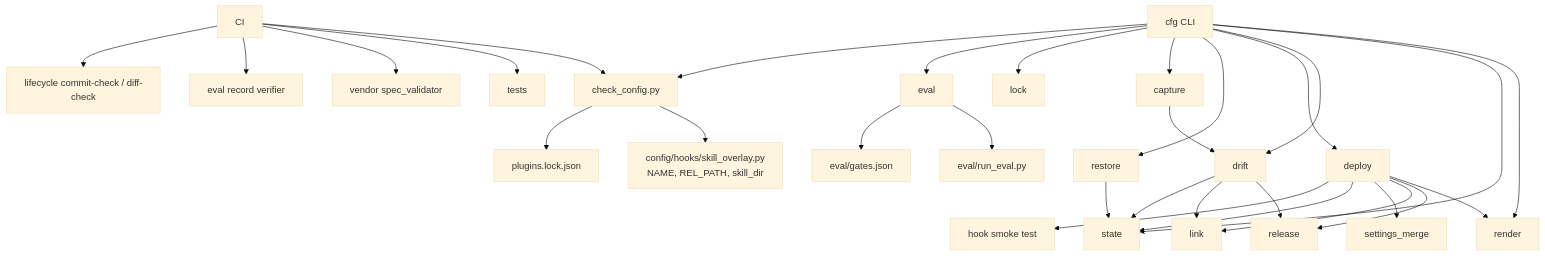
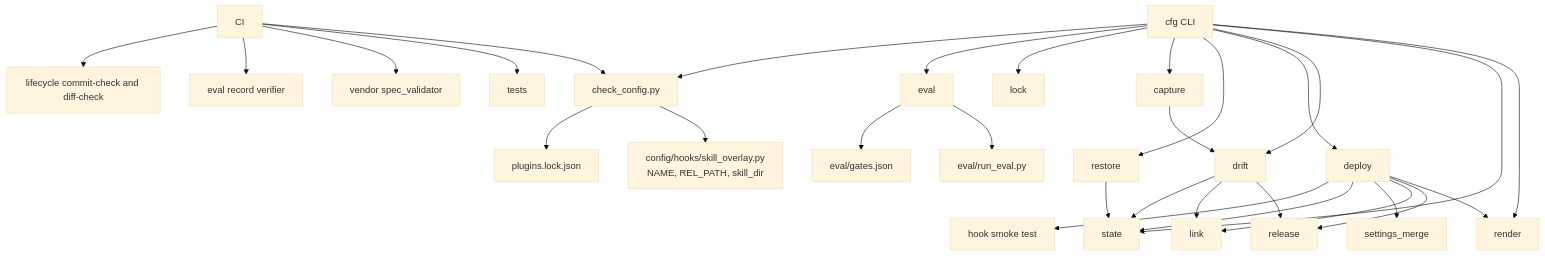
The second of 5 diagrams in docs/architecture/README.md (Towerism/claude-config), drawn with Mermaid (base theme) before and after one commit. The commit also changed other lines of this file and 1 other file, not shown here.

First line of the commit message:
docs(architecture): quote diagram labels so every mermaid block renders (#81)

````diff
--- a/docs/architecture/README.md
+++ b/docs/architecture/README.md
@@ -175,13 +175,13 @@
 ```mermaid
 flowchart TD
-  cli[cfg CLI] --> render & state & drift & deploy & restore & capture & lock & evalcmd[eval]
-  deploy --> render & release & link & settings_merge & state & smoke[hook smoke test]
+  cli["cfg CLI"] --> render & state & drift & deploy & restore & capture & lock & evalcmd["eval"]
+  deploy --> render & release & link & settings_merge & state & smoke["hook smoke test"]
   drift --> release & link & state
   capture --> drift
   restore --> state
-  check[check_config.py] --> hookmod[config/hooks/skill_overlay.py<br/>NAME, REL_PATH, skill_dir]
-  check --> lockf[plugins.lock.json]
+  check["check_config.py"] --> hookmod["config/hooks/skill_overlay.py<br/>NAME, REL_PATH, skill_dir"]
+  check --> lockf["plugins.lock.json"]
   cli --> check
-  evalcmd --> runeval[eval/run_eval.py] & gates[eval/gates.json]
-  ci[CI] --> check & tests & validator[vendor spec_validator] & recordcheck[eval record verifier] & lc[lifecycle commit-check / diff-check]
+  evalcmd --> runeval["eval/run_eval.py"] & gates["eval/gates.json"]
+  ci["CI"] --> check & tests & validator["vendor spec_validator"] & recordcheck["eval record verifier"] & lc["lifecycle commit-check and diff-check"]
 ```
````
